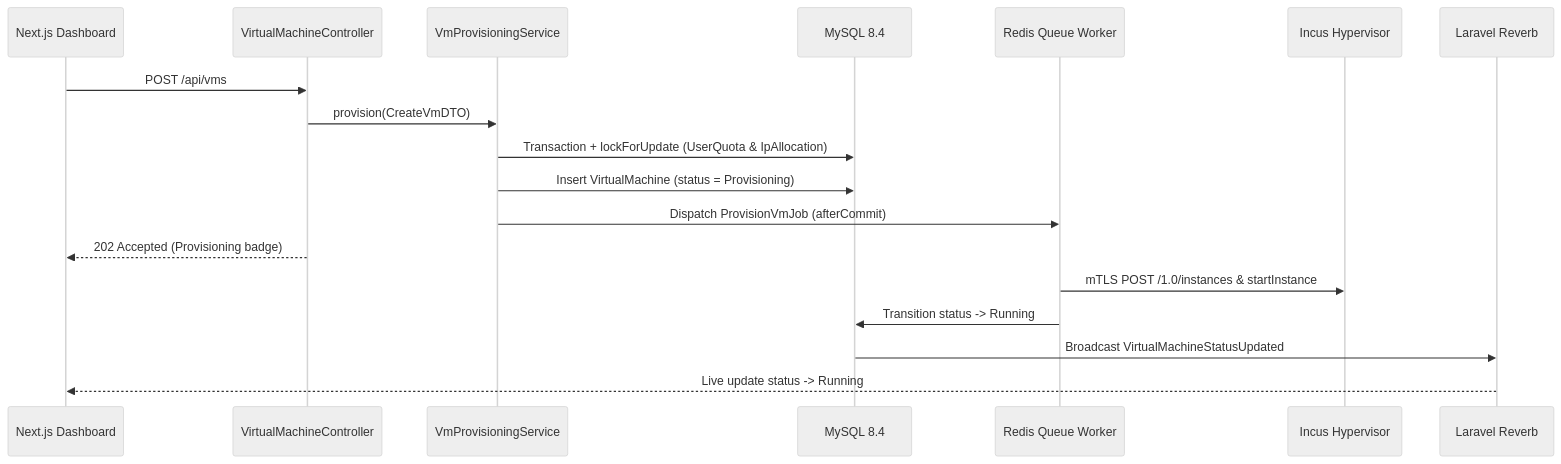
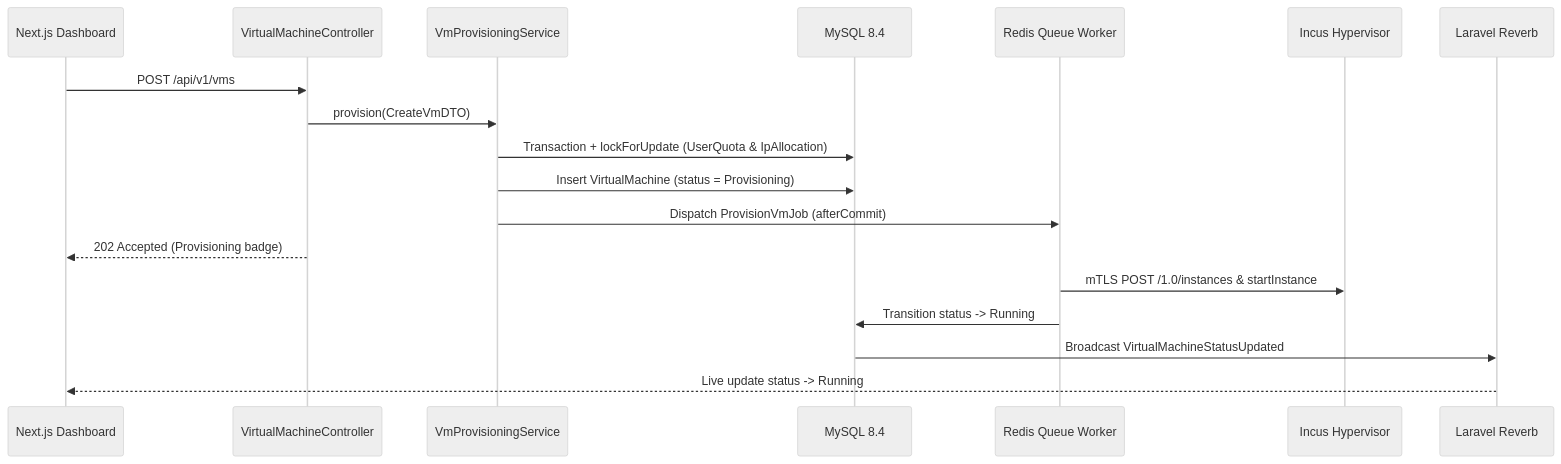
Before and after one commit to schmasterz/ognivo: the second of 2 diagrams in docs/architecture/overview.md, drawn with Mermaid (neutral theme). The commit also changed other lines of this file and 8 other files, not shown here.

````diff
--- a/docs/architecture/overview.md
+++ b/docs/architecture/overview.md
@@ -114,21 +114,21 @@
 ```mermaid
 sequenceDiagram
     participant UI as Next.js Dashboard
     participant API as VirtualMachineController
     participant Svc as VmProvisioningService
     participant DB as MySQL 8.4
     participant Queue as Redis Queue Worker
     participant Incus as Incus Hypervisor
     participant WS as Laravel Reverb
 
-    UI->>API: POST /api/vms
+    UI->>API: POST /api/v1/vms
     API->>Svc: provision(CreateVmDTO)
     Svc->>DB: Transaction + lockForUpdate (UserQuota & IpAllocation)
     Svc->>DB: Insert VirtualMachine (status = Provisioning)
     Svc->>Queue: Dispatch ProvisionVmJob (afterCommit)
     API-->>UI: 202 Accepted (Provisioning badge)
     Queue->>Incus: mTLS POST /1.0/instances & startInstance
     Queue->>DB: Transition status -> Running
     DB->>WS: Broadcast VirtualMachineStatusUpdated
     WS-->>UI: Live update status -> Running
 ```
````
